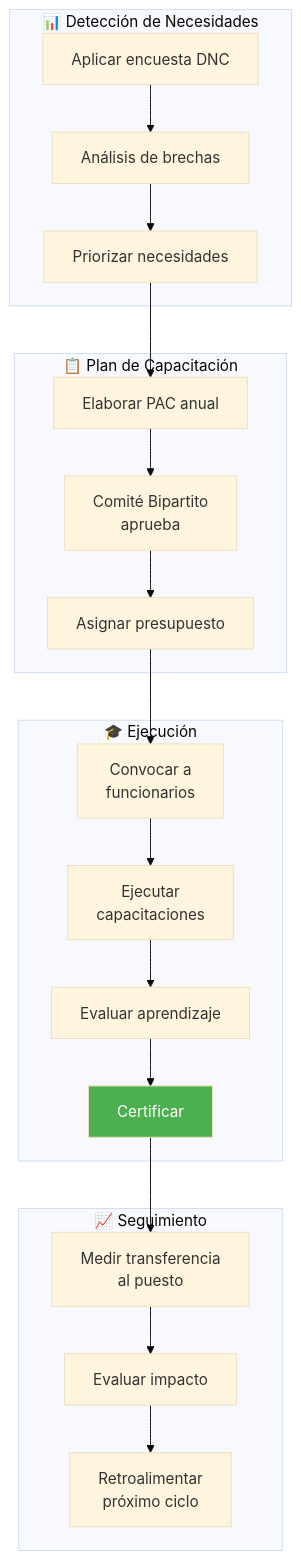
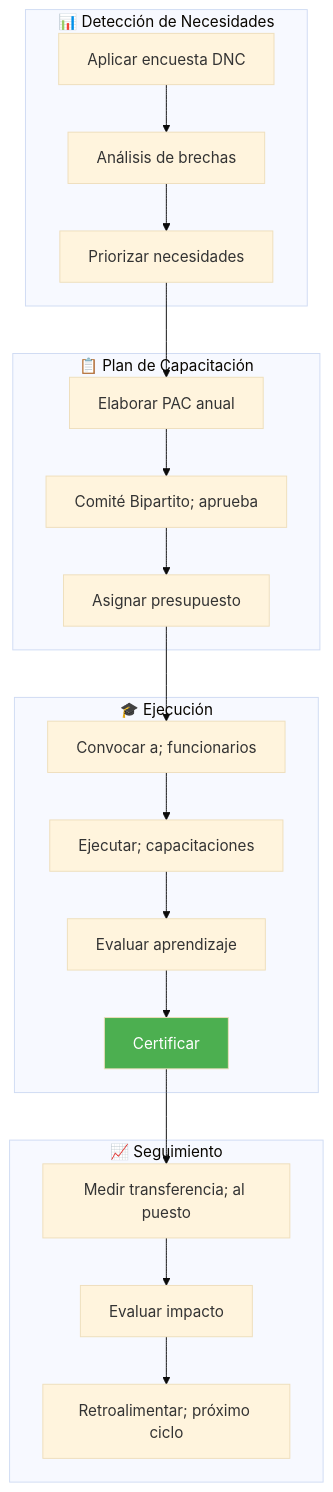
One commit to felix-antonio-sl/kora changed the sixth of 9 diagrams in drafts/gn/bpmn/bpmn-d07-rrhh.md. Above: the diagram before and after it, drawn with Mermaid (base theme). The commit also changed other lines of this file and 265 other files, not shown here.

````diff
--- a/drafts/gn/bpmn/bpmn-d07-rrhh.md
+++ b/drafts/gn/bpmn/bpmn-d07-rrhh.md
@@ -223,26 +258,31 @@
 ```mermaid
 flowchart TD
-    subgraph DNC["📊 Detección de Necesidades"]
-        A["Aplicar encuesta DNC"]
-        B["Análisis de brechas"]
-        C["Priorizar necesidades"]
-    end
-    subgraph PAC_CAP["📋 Plan de Capacitación"]
-        D["Elaborar PAC anual"]
-        E["Comité Bipartito<br/>aprueba"]
-        F["Asignar presupuesto"]
-    end
-    subgraph EJECUCION["🎓 Ejecución"]
-        G["Convocar a<br/>funcionarios"]
-        H["Ejecutar<br/>capacitaciones"]
-        I["Evaluar aprendizaje"]
-        J["Certificar"]
-    end
-    subgraph SEGUIMIENTO["📈 Seguimiento"]
-        K["Medir transferencia<br/>al puesto"]
-        L["Evaluar impacto"]
-        M["Retroalimentar<br/>próximo ciclo"]
-    end
-    A --> B --> C --> D --> E --> F --> G --> H --> I --> J --> K --> L --> M
-    style J fill:#4CAF50,color:#fff
+ subgraph DNC["📊 Detección de Necesidades"]
+ A["Aplicar encuesta DNC"]
+ B["Análisis de brechas"]
+ C["Priorizar necesidades"]
+ end
+
+ subgraph PAC_CAP["📋 Plan de Capacitación"]
+ D["Elaborar PAC anual"]
+ E["Comité Bipartito; aprueba"]
+ F["Asignar presupuesto"]
+ end
+
+ subgraph EJECUCION["🎓 Ejecución"]
+ G["Convocar a; funcionarios"]
+ H["Ejecutar; capacitaciones"]
+ I["Evaluar aprendizaje"]
+ J["Certificar"]
+ end
+
+ subgraph SEGUIMIENTO["📈 Seguimiento"]
+ K["Medir transferencia; al puesto"]
+ L["Evaluar impacto"]
+ M["Retroalimentar; próximo ciclo"]
+ end
+
+ A --> B --> C --> D --> E --> F --> G --> H --> I --> J --> K --> L --> M
+
+ style J fill:#4CAF50,color:#fff
 ```
````
